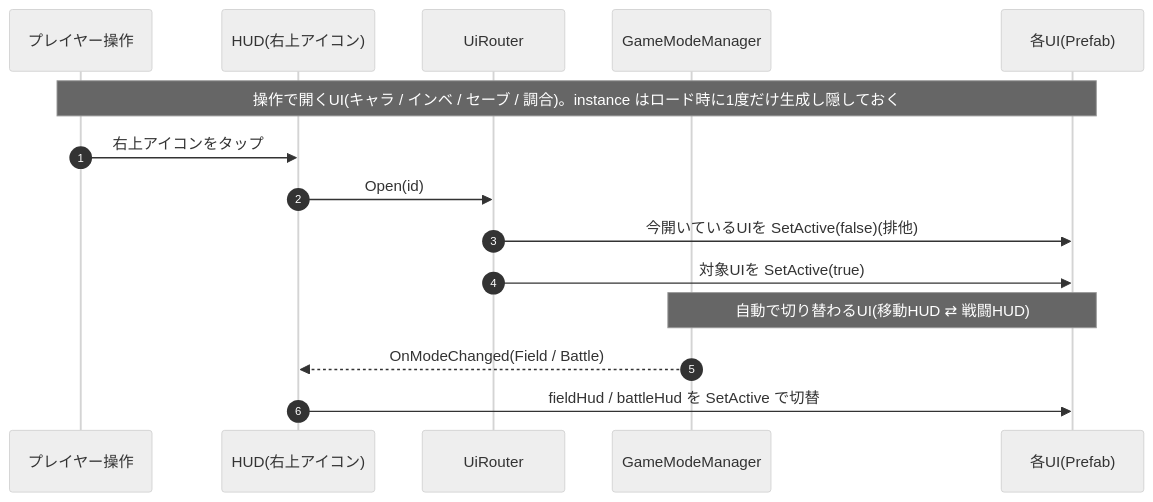
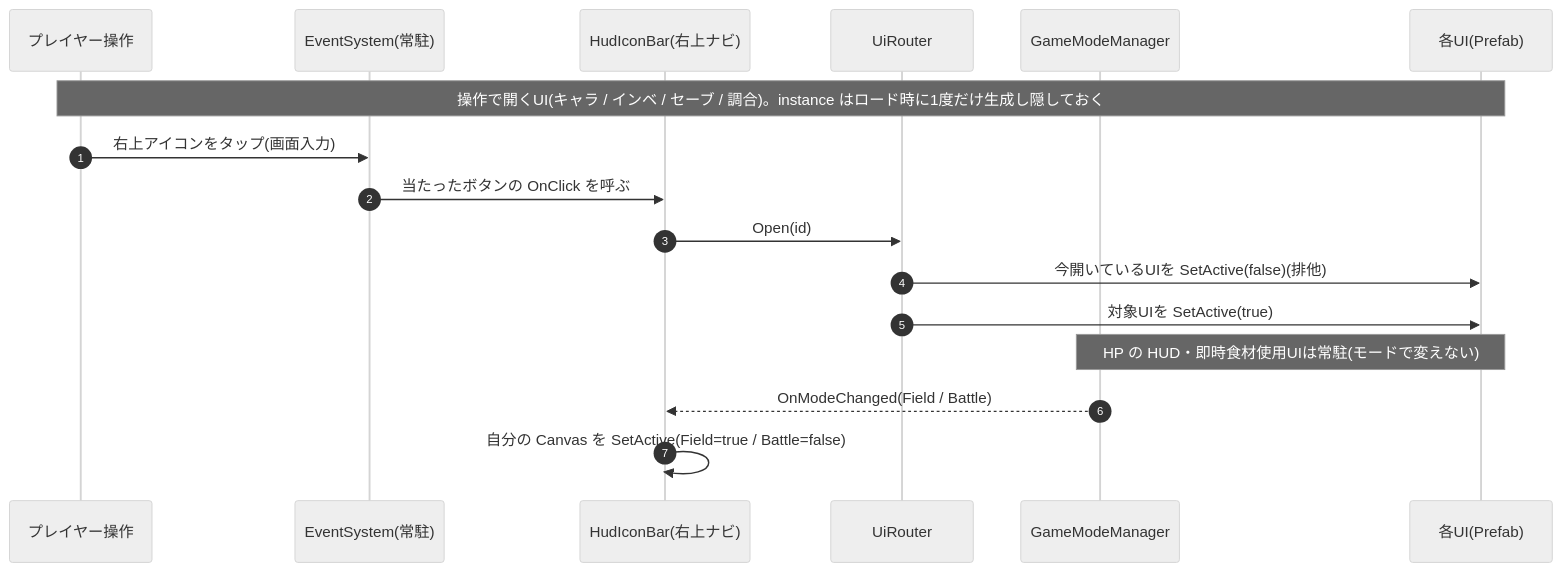
Before and after one commit to CreativeAI2026/documents: the diagram in UIImplementation.md, drawn with Mermaid (neutral theme). The commit also changed other lines of this file, not shown here.

Commit message:
UI実装をHUD常駐モデルへ更新(即時食材使用UI・HudIconBar/UiRouterのフロー)

````diff
--- a/UIImplementation.md
+++ b/UIImplementation.md
@@ -46,19 +28,21 @@
 ```mermaid
 sequenceDiagram
     autonumber
     participant P as プレイヤー操作
-    participant HUD as HUD(右上アイコン)
+    participant ES as EventSystem(常駐)
+    participant IB as HudIconBar(右上ナビ)
     participant UR as UiRouter
     participant GMM as GameModeManager
     participant UI as 各UI(Prefab)
 
     Note over P,UI: 操作で開くUI(キャラ / インベ / セーブ / 調合)。instance はロード時に1度だけ生成し隠しておく
-    P->>HUD: 右上アイコンをタップ
-    HUD->>UR: Open(id)
+    P->>ES: 右上アイコンをタップ(画面入力)
+    ES->>IB: 当たったボタンの OnClick を呼ぶ
+    IB->>UR: Open(id)
     UR->>UI: 今開いているUIを SetActive(false)(排他)
     UR->>UI: 対象UIを SetActive(true)
 
-    Note over GMM,UI: 自動で切り替わるUI(移動HUD ⇄ 戦闘HUD)
-    GMM-->>HUD: OnModeChanged(Field / Battle)
-    HUD->>UI: fieldHud / battleHud を SetActive で切替
+    Note over GMM,UI: HP の HUD・即時食材使用UIは常駐(モードで変えない)
+    GMM-->>IB: OnModeChanged(Field / Battle)
+    IB->>IB: 自分の Canvas を SetActive(Field=true / Battle=false)
 ```
````
